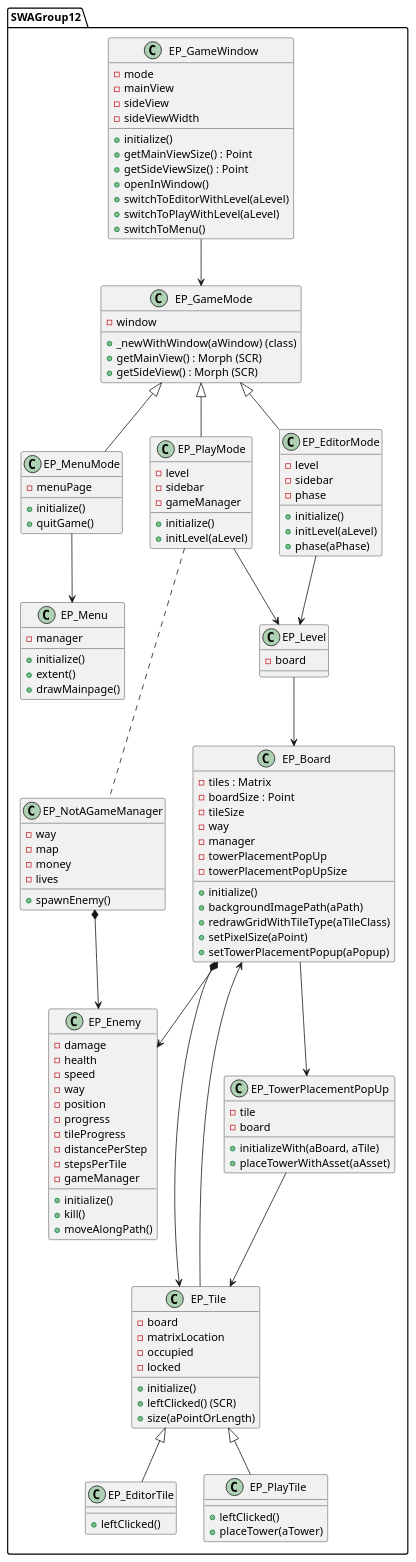
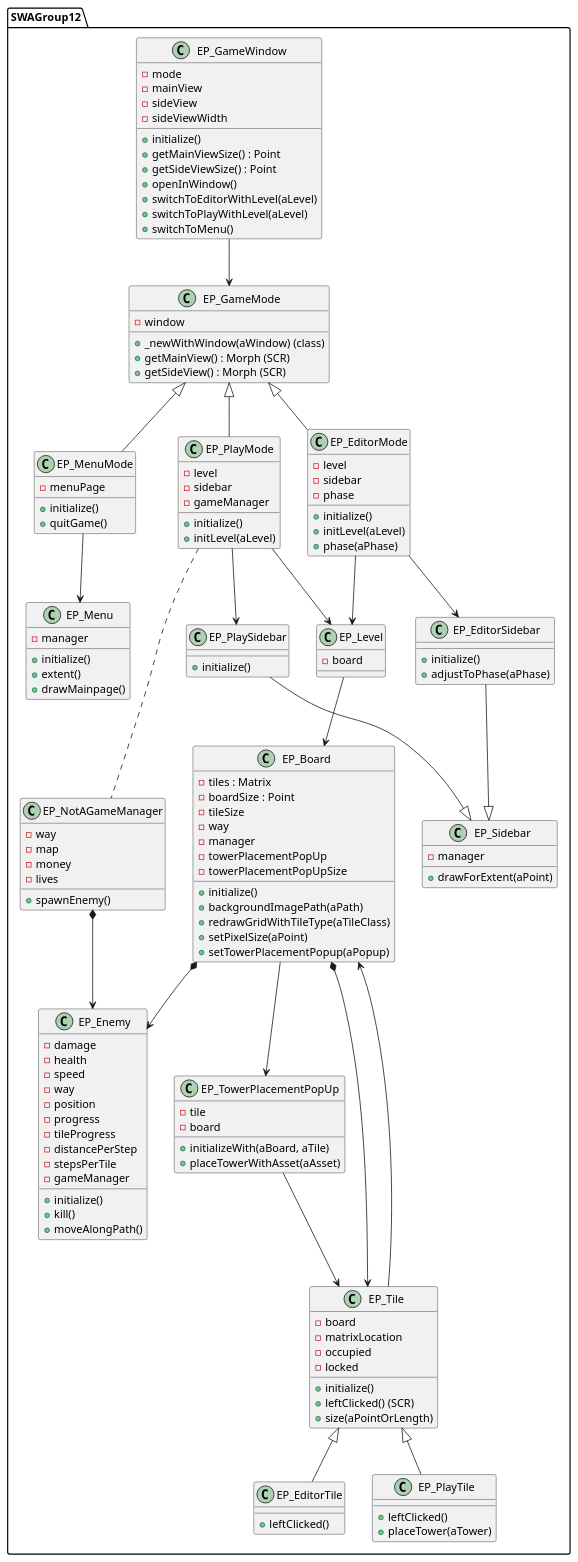
The diagram in diagram.puml (tobiashornbogen/swa_misc), drawn with PlantUML before and after one commit. The commit also changed 1 other file, not shown here.

Commit message:
Updated UML to most recent state of simplified_architecture branch (commit 6dd7e5e)

```diff
--- a/diagram.puml
+++ b/diagram.puml
@@ -1,146 +1,170 @@
 @startuml
 
 package SWAGroup12 {
 
 
     class EP_Board {
         -tiles : Matrix
         -boardSize : Point
         -tileSize
         -way
         -manager
         -towerPlacementPopUp
         -towerPlacementPopUpSize
         +initialize()
         +backgroundImagePath(aPath)
         +redrawGridWithTileType(aTileClass)
         +setPixelSize(aPoint)
         +setTowerPlacementPopup(aPopup)
     }
 
     class EP_Tile {
         -board
         -matrixLocation
         -occupied
         -locked
         +initialize()
         +leftClicked() (SCR)
         +size(aPointOrLength)
     }
 
     class EP_EditorTile {
         +leftClicked()
     }
     class EP_PlayTile {
         +leftClicked()
         +placeTower(aTower)
     }
 
     class EP_Enemy {
         -damage
         -health
         -speed
         -way
         -position
         -progress
         -tileProgress
         -distancePerStep
         -stepsPerTile
         -gameManager
         +initialize()
         +kill()
         +moveAlongPath()
     }
 
     class EP_TowerPlacementPopUp {
         -tile
         -board
         +initializeWith(aBoard, aTile)
         +placeTowerWithAsset(aAsset)
     }
 
     class EP_GameMode {
         -window
         +_newWithWindow(aWindow) (class)
         +getMainView() : Morph (SCR)
         +getSideView() : Morph (SCR)
     }
 
     class EP_MenuMode {
         -menuPage
         +initialize()
         +quitGame()
     }
 
     class EP_PlayMode {
         -level
         -sidebar
         -gameManager
         +initialize()
         +initLevel(aLevel)
     }
 
     class EP_EditorMode {
         -level
         -sidebar
         -phase
         +initialize()
         +initLevel(aLevel)
         +phase(aPhase)
     }
 
+    class EP_Sidebar {
+        -manager
+        +drawForExtent(aPoint)
+    }
+
+    class EP_EditorSidebar {
+        +initialize()
+        +adjustToPhase(aPhase)
+    }
+
+    class EP_PlaySidebar {
+        +initialize()
+    }
+
     class EP_GameWindow {
         -mode
         -mainView
         -sideView
         -sideViewWidth
         +initialize()
         +getMainViewSize() : Point
         +getSideViewSize() : Point
         +openInWindow()
         +switchToEditorWithLevel(aLevel)
         +switchToPlayWithLevel(aLevel)
         +switchToMenu()
     }
 
     class EP_Menu {
         -manager
         +initialize()
         +extent()
         +drawMainpage()
     }
 
     class EP_NotAGameManager {
         -way
         -map
         -money
         -lives
         +spawnEnemy()
     }
 
     class EP_Level {
         -board
     }
 
+
     EP_GameWindow --> EP_GameMode
+
     EP_Board *--> EP_Tile
     EP_Board *--> EP_Enemy
     EP_Board --> EP_TowerPlacementPopUp
+
     EP_GameMode <|-- EP_MenuMode
     EP_GameMode <|-- EP_EditorMode
     EP_GameMode <|-- EP_PlayMode
+
     EP_MenuMode --> EP_Menu
     
     EP_PlayMode --> EP_Level
+    EP_PlayMode --> EP_PlaySidebar
     EP_EditorMode --> EP_Level
+    EP_EditorMode --> EP_EditorSidebar
     EP_Level --> EP_Board
+
     EP_PlayMode ... EP_NotAGameManager
     EP_NotAGameManager *--> EP_Enemy
     EP_TowerPlacementPopUp --> EP_Tile
+    
     EP_Tile --> EP_Board
     EP_Tile <|-- EP_PlayTile
     EP_Tile <|-- EP_EditorTile
 
+    EP_EditorSidebar --|> EP_Sidebar 
+    EP_PlaySidebar --|> EP_Sidebar
 }
 
 @enduml
```
